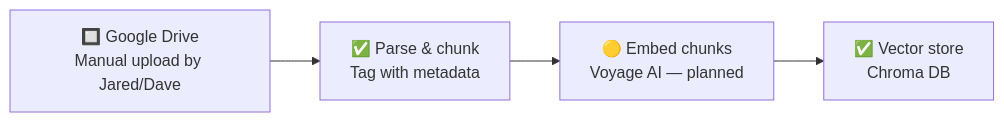
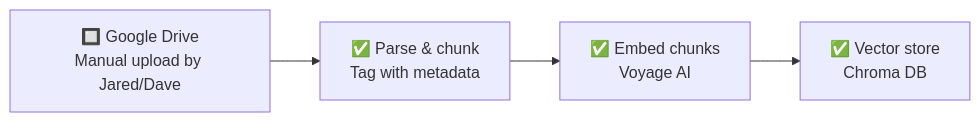
Before and after one commit to DaveBarberSHV/vessel-maintenance-platform: the first of 2 diagrams in docs/architecture.md, drawn with Mermaid. The commit also changed other lines of this file and 1 other file, not shown here.

Commit message:
Voyage embeddings verified via side-by-side test; update architecture diagram and backlog to reflect resolution

````diff
--- a/docs/architecture.md
+++ b/docs/architecture.md
@@ -12,6 +12,6 @@
 ```mermaid
 flowchart LR
     A["🔲 Google Drive<br/>Manual upload by Jared/Dave"] --> B["✅ Parse & chunk<br/>Tag with metadata"]
-    B --> C["🟡 Embed chunks<br/>Voyage AI — planned"]
+    B --> C["✅ Embed chunks<br/>Voyage AI"]
     C --> D["✅ Vector store<br/>Chroma DB"]
 ```
````
